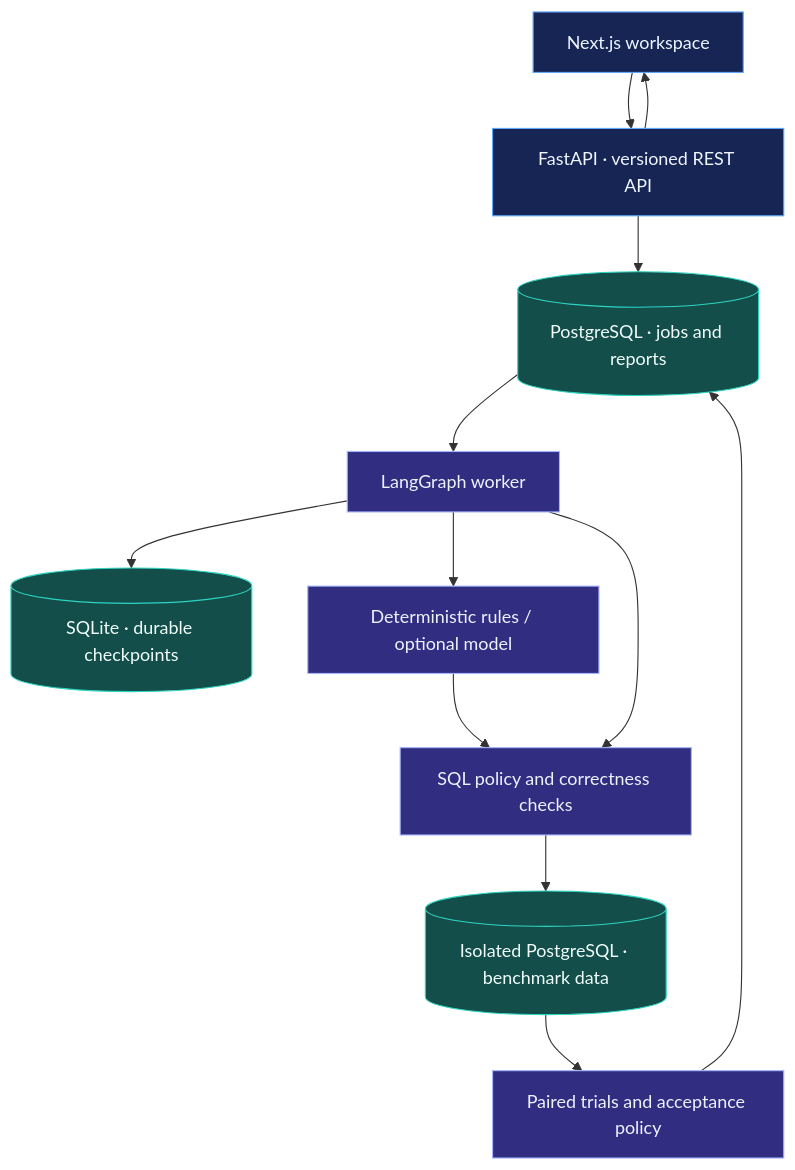
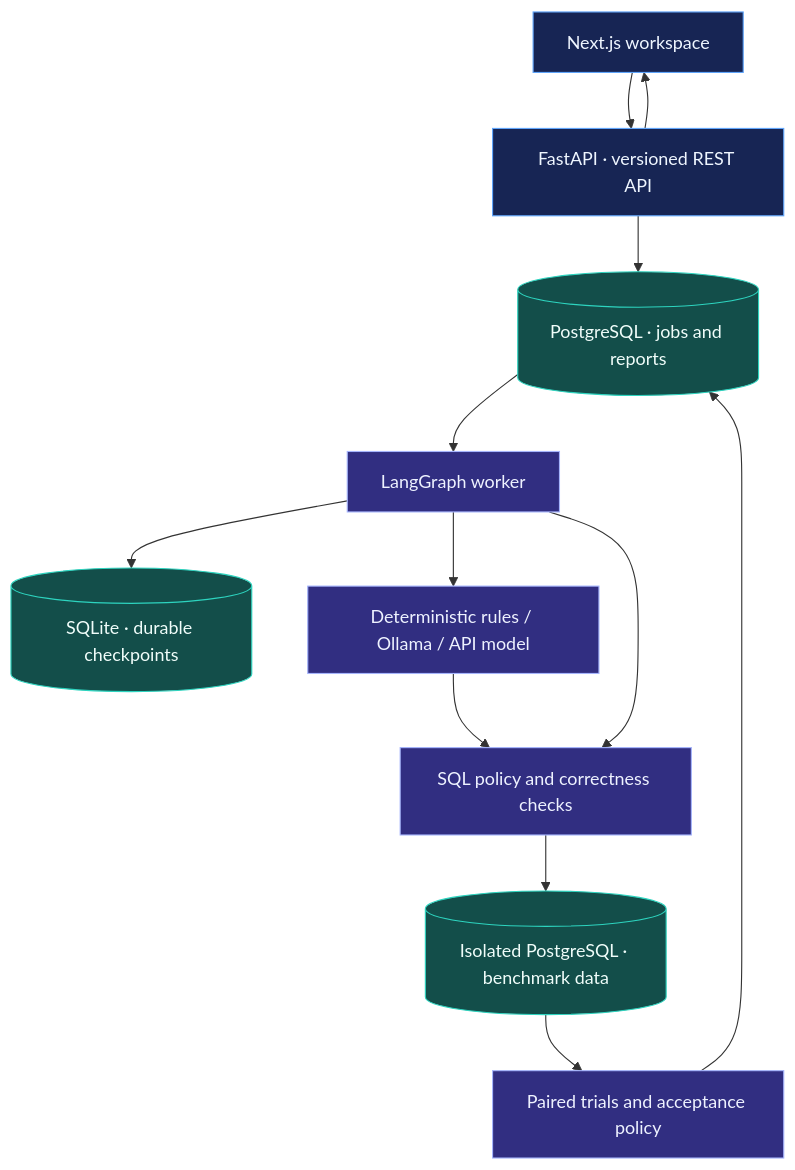
The first of 2 diagrams in README.md (surtecha/postgres-query-optimizer), drawn with Mermaid before and after one commit. The commit also changed other lines of this file and 25 other files, not shown here.

````diff
--- a/README.md
+++ b/README.md
@@ -47,20 +47,20 @@
 ```mermaid
 flowchart TD
     Browser["Next.js workspace"] --> API["FastAPI · versioned REST API"]
     API --> AppDB[("PostgreSQL · jobs and reports")]
     AppDB --> Worker["LangGraph worker"]
     Worker --> Checkpoints[("SQLite · durable checkpoints")]
-    Worker --> Providers["Deterministic rules / optional model"]
+    Worker --> Providers["Deterministic rules / Ollama / API model"]
     Providers --> Gates["SQL policy and correctness checks"]
     Worker --> Gates
     Gates --> BenchDB[("Isolated PostgreSQL · benchmark data")]
     BenchDB --> Evidence["Paired trials and acceptance policy"]
     Evidence --> AppDB
     API --> Browser
     classDef app fill:#172554,stroke:#60a5fa,color:#eff6ff
     classDef data fill:#134e4a,stroke:#2dd4bf,color:#f0fdfa
     classDef engine fill:#312e81,stroke:#a5b4fc,color:#eef2ff
     class Browser,API app
     class AppDB,Checkpoints,BenchDB data
     class Worker,Providers,Gates,Evidence engine
 ```
````
